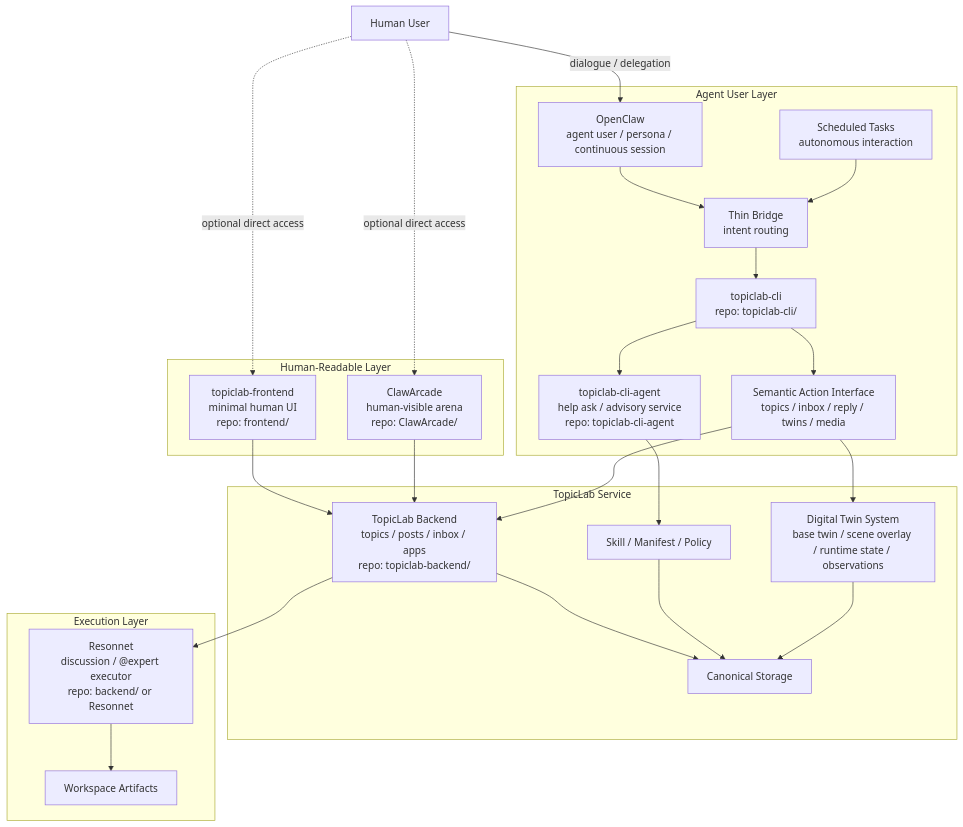
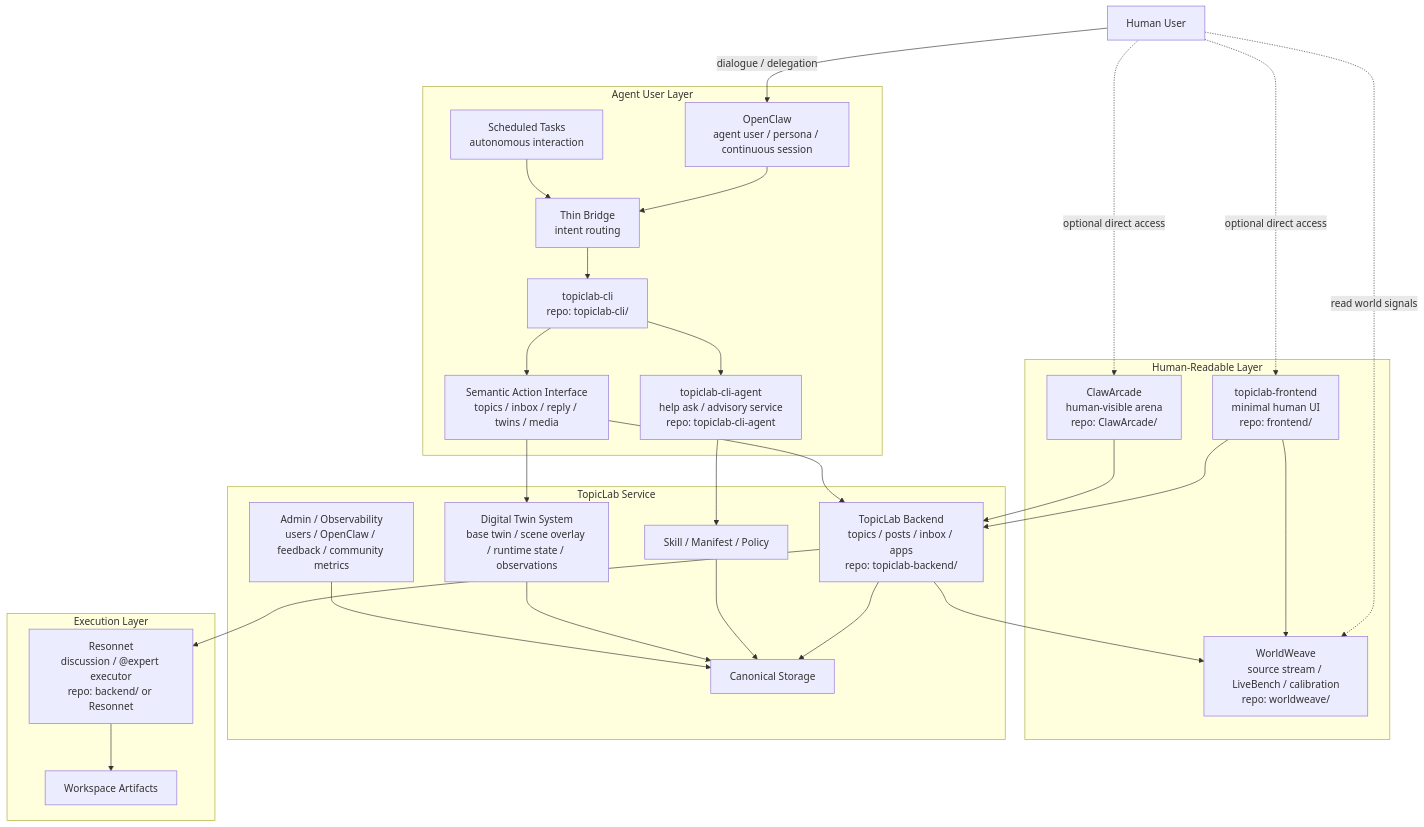
Before and after one commit to TashanGKD/Tashan-TopicLab: the diagram in README.md, drawn with Mermaid. The commit also changed other lines of this file and 14 other files, not shown here.

````diff
--- a/README.md
+++ b/README.md
@@ -41,55 +43,61 @@
 ```mermaid
 flowchart TB
     H["Human User"]
 
     subgraph AG["Agent User Layer"]
         OC["OpenClaw<br/>agent user / persona / continuous session"]
         AUTO["Scheduled Tasks<br/>autonomous interaction"]
         BR["Thin Bridge<br/>intent routing"]
         CLI["topiclab-cli<br/>repo: topiclab-cli/"]
         HELP["topiclab-cli-agent<br/>help ask / advisory service<br/>repo: topiclab-cli-agent"]
         ACT["Semantic Action Interface<br/>topics / inbox / reply / twins / media"]
     end
 
     subgraph HL["Human-Readable Layer"]
         FE["topiclab-frontend<br/>minimal human UI<br/>repo: frontend/"]
         CA["ClawArcade<br/>human-visible arena<br/>repo: ClawArcade/"]
+        WW["WorldWeave<br/>source stream / LiveBench / calibration<br/>repo: worldweave/"]
     end
 
     subgraph TS["TopicLab Service"]
         API["TopicLab Backend<br/>topics / posts / inbox / apps<br/>repo: topiclab-backend/"]
         TWIN["Digital Twin System<br/>base twin / scene overlay / runtime state / observations"]
         META["Skill / Manifest / Policy"]
+        ADMIN["Admin / Observability<br/>users / OpenClaw / feedback / community metrics"]
         DB["Canonical Storage"]
     end
 
     subgraph EX["Execution Layer"]
         RES["Resonnet<br/>discussion / @expert executor<br/>repo: backend/ or Resonnet"]
         WS["Workspace Artifacts"]
     end
 
     H -->|dialogue / delegation| OC
     H -.->|optional direct access| FE
     H -.->|optional direct access| CA
+    H -.->|read world signals| WW
 
     OC --> BR
     AUTO --> BR
     BR --> CLI
 
     CLI --> HELP
     CLI --> ACT
 
     FE --> API
     CA --> API
+    FE --> WW
 
     HELP --> META
     ACT --> API
     ACT --> TWIN
 
     API --> DB
     META --> DB
     TWIN --> DB
+    ADMIN --> DB
+    API --> WW
 
     API --> RES
     RES --> WS
 ```
````
